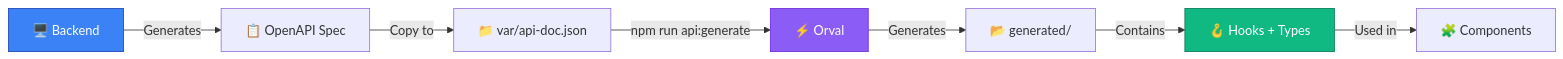
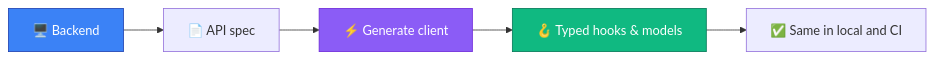
Before and after one commit to b-vadym/open-api-client-gen: the second of 2 diagrams in slides.md, drawn with Mermaid. The commit also changed other lines of this file, not shown here.

Commit message:
fix: simplify API client generation flow in presentation slides for clarity

````diff
--- a/slides.md
+++ b/slides.md
@@ -508,13 +508,11 @@
 ```mermaid
 graph LR
-    A[🖥️ Backend] -->|Generates| B[📋 OpenAPI Spec]
-    B -->|Copy to| C[📁 var/api-doc.json]
-    C -->|npm run api:generate| D[⚡ Orval]
-    D -->|Generates| E[📂 generated/]
-    E -->|Contains| F[🪝 Hooks + Types]
-    F -->|Used in| G[🧩 Components]
+  A[🖥️ Backend] --> B[📄 API spec]
+  B --> C[⚡ Generate client]
+  C --> D[🪝 Typed hooks & models]
+  D --> E[✅ Same in local and CI]
 
-    style A fill:#3b82f6,stroke:#1e40af,color:#fff
-    style D fill:#8b5cf6,stroke:#6d28d9,color:#fff
-    style F fill:#10b981,stroke:#047857,color:#fff
+  style A fill:#3b82f6,stroke:#1e40af,color:#fff
+  style C fill:#8b5cf6,stroke:#6d28d9,color:#fff
+  style D fill:#10b981,stroke:#047857,color:#fff
 ```
````
